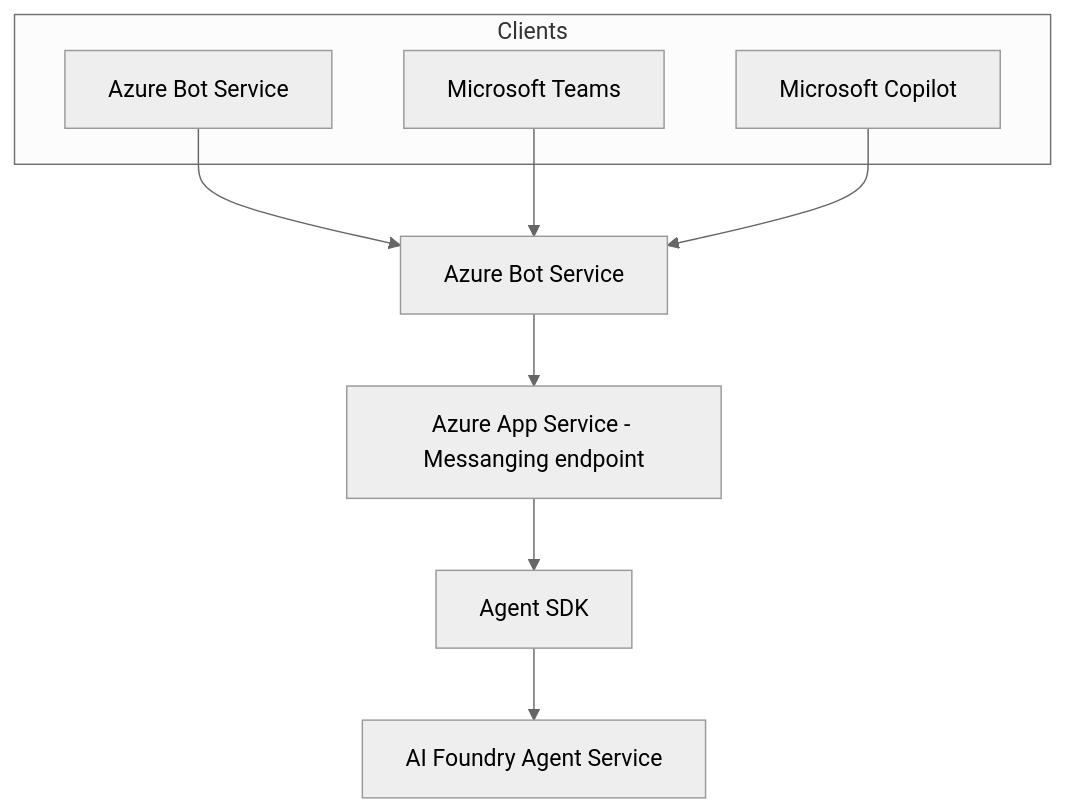
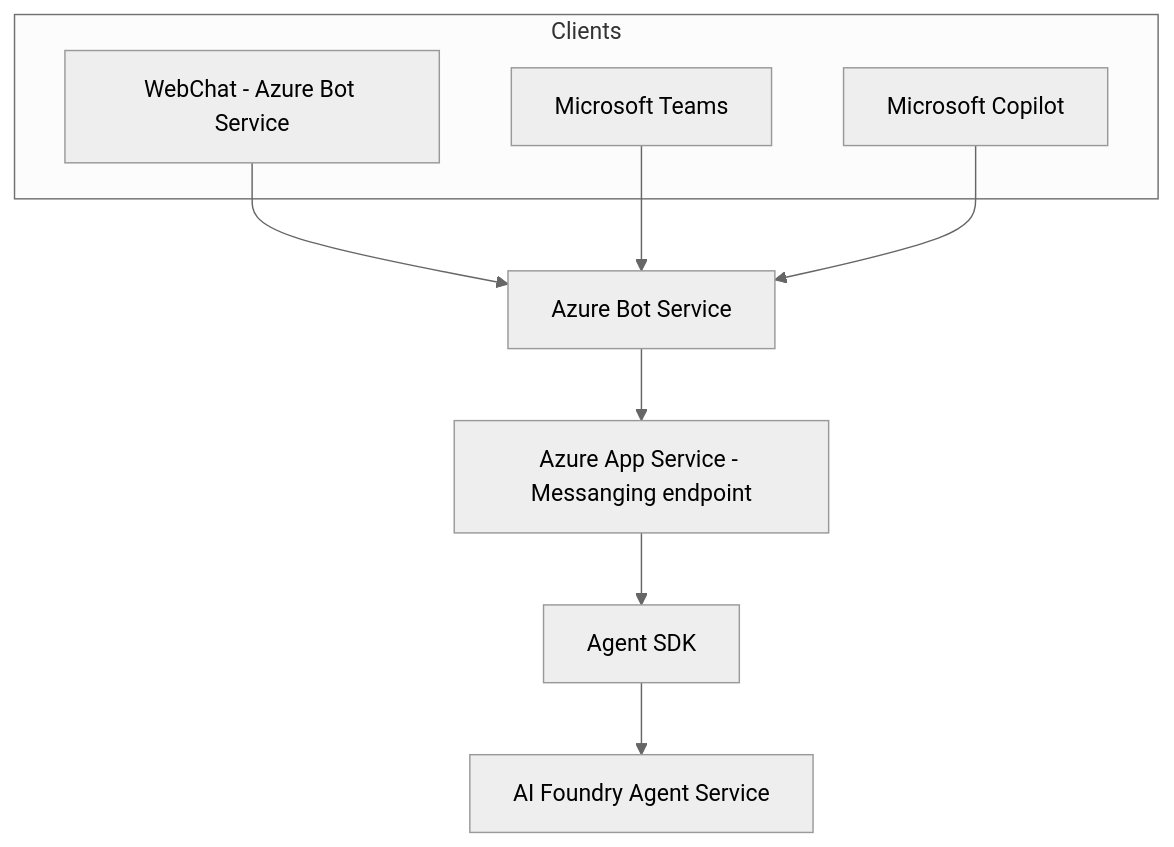
The diagram in README.md (anevjes/MicrosoftAgentsSDK-aifoundry-agent), drawn with Mermaid (neutral theme) before and after one commit.

Commit message:
fixing up readme

````diff
--- a/README.md
+++ b/README.md
@@ -9,14 +9,14 @@
 ```mermaid
 flowchart TD
     subgraph Clients
-        WC[Azure Bot Service]
+        WC[WebChat - Azure Bot Service]
         Teams[Microsoft Teams]
         Copilot[Microsoft Copilot]
     end
     WC --> BotSvc[Azure Bot Service]
     Teams --> BotSvc
     Copilot --> BotSvc
     BotSvc --> AppSvc[Azure App Service - Messanging endpoint]
     AppSvc --> AgentSDK[Agent SDK]
     AgentSDK --> Foundry[AI Foundry Agent Service]
 ```
````
